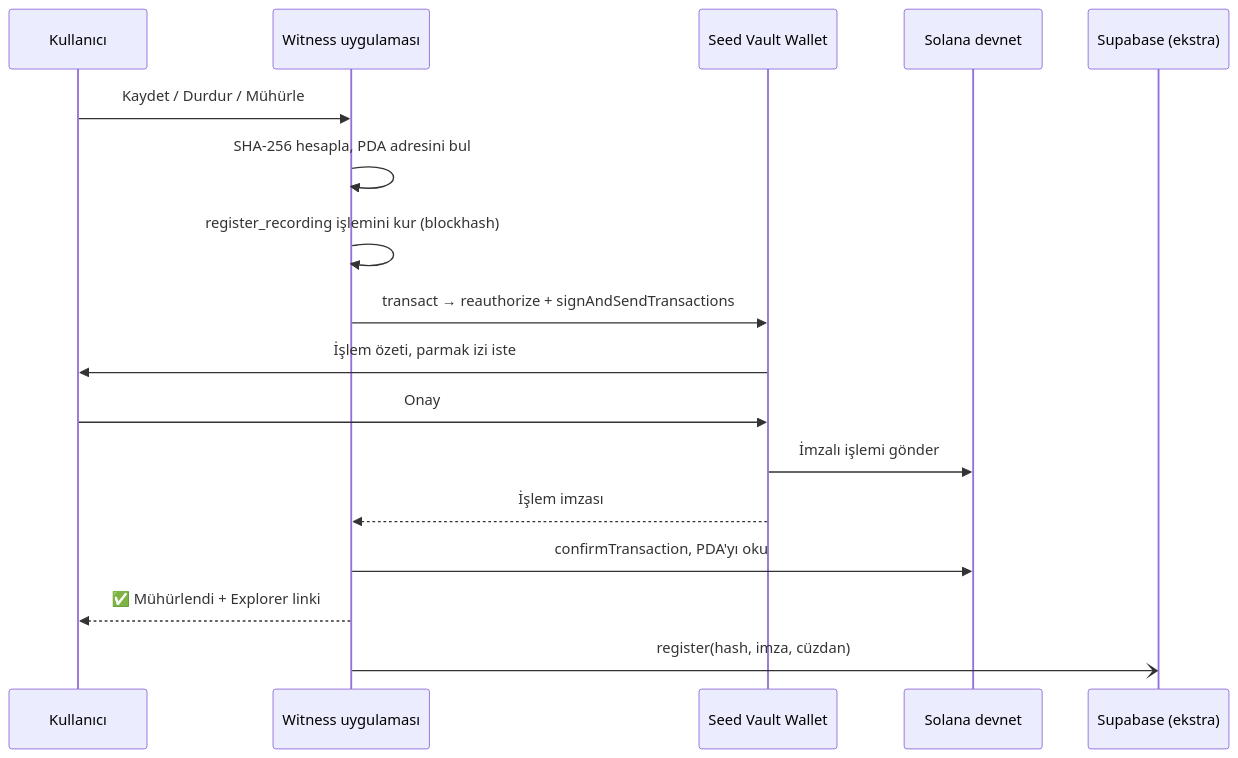
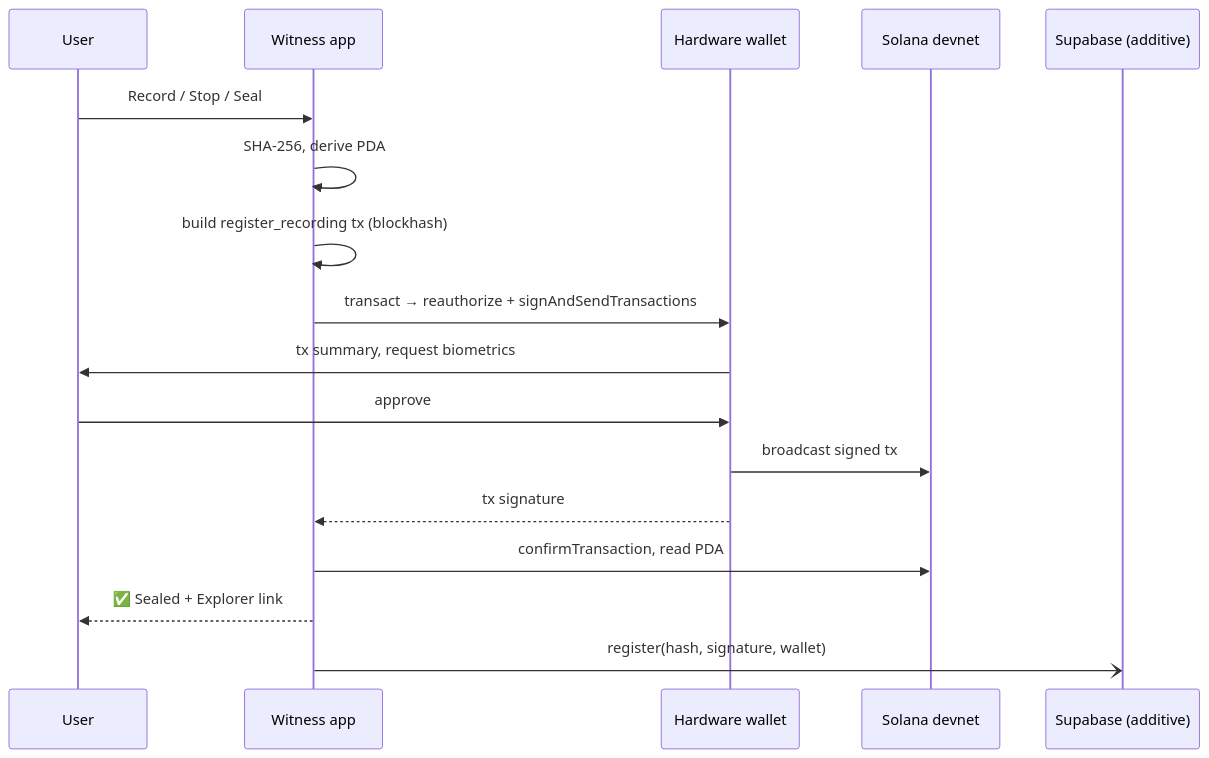
Before and after one commit to GTU-Blockchain/witness_dev3pack2026: the second of 3 diagrams in docs/TEKNIK_DOKUMAN.md, drawn with Mermaid. The commit also changed other lines of this file and 7 other files, not shown here.

````diff
--- a/docs/TEKNIK_DOKUMAN.md
+++ b/docs/TEKNIK_DOKUMAN.md
@@ -115,19 +106,19 @@
 ```mermaid
 sequenceDiagram
-  participant U as Kullanıcı
-  participant A as Witness uygulaması
-  participant W as Seed Vault Wallet
+  participant U as User
+  participant A as Witness app
+  participant W as Hardware wallet
   participant S as Solana devnet
-  participant B as Supabase (ekstra)
-  U->>A: Kaydet / Durdur / Mühürle
-  A->>A: SHA-256 hesapla, PDA adresini bul
-  A->>A: register_recording işlemini kur (blockhash)
+  participant B as Supabase (additive)
+  U->>A: Record / Stop / Seal
+  A->>A: SHA-256, derive PDA
+  A->>A: build register_recording tx (blockhash)
   A->>W: transact → reauthorize + signAndSendTransactions
-  W->>U: İşlem özeti, parmak izi iste
-  U->>W: Onay
-  W->>S: İmzalı işlemi gönder
-  W-->>A: İşlem imzası
-  A->>S: confirmTransaction, PDA'yı oku
-  A-->>U: ✅ Mühürlendi + Explorer linki
-  A-)B: register(hash, imza, cüzdan)
+  W->>U: tx summary, request biometrics
+  U->>W: approve
+  W->>S: broadcast signed tx
+  W-->>A: tx signature
+  A->>S: confirmTransaction, read PDA
+  A-->>U: ✅ Sealed + Explorer link
+  A-)B: register(hash, signature, wallet)
 ```
````
